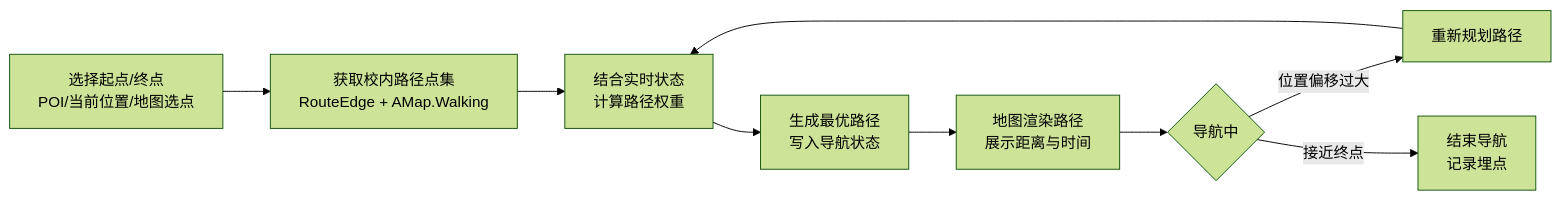
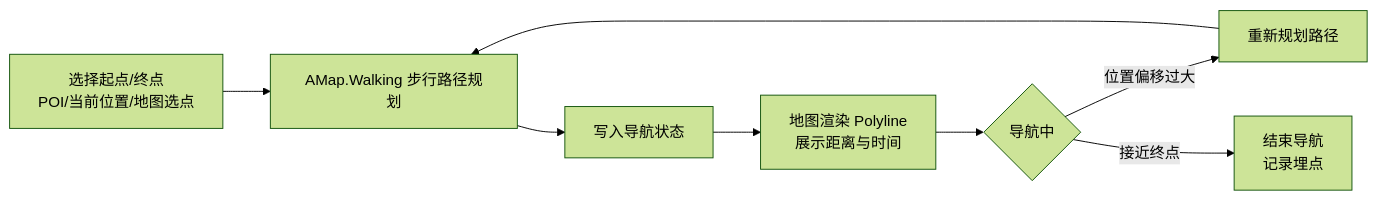
Before and after one commit to whutzyy123/campusnavi: the diagram in docs/PRD.md, drawn with Mermaid (forest theme). The commit also changed other lines of this file and 55 other files, not shown here.

````diff
--- a/docs/PRD.md
+++ b/docs/PRD.md
@@ -419,11 +411,10 @@
 ```mermaid
 flowchart LR
-  A[选择起点/终点<br/>POI/当前位置/地图选点] --> B[获取校内路径点集<br/>RouteEdge + AMap.Walking]
-  B --> C[结合实时状态<br/>计算路径权重]
-  C --> D[生成最优路径<br/>写入导航状态]
-  D --> E[地图渲染路径<br/>展示距离与时间]
-  E --> F{导航中}
-  F -->|位置偏移过大| G[重新规划路径]
-  F -->|接近终点| H[结束导航<br/>记录埋点]
-  G --> C
+  A[选择起点/终点<br/>POI/当前位置/地图选点] --> B[AMap.Walking 步行路径规划]
+  B --> C[写入导航状态]
+  C --> D[地图渲染 Polyline<br/>展示距离与时间]
+  D --> E{导航中}
+  E -->|位置偏移过大| F[重新规划路径]
+  E -->|接近终点| G[结束导航<br/>记录埋点]
+  F --> B
 ```
````
